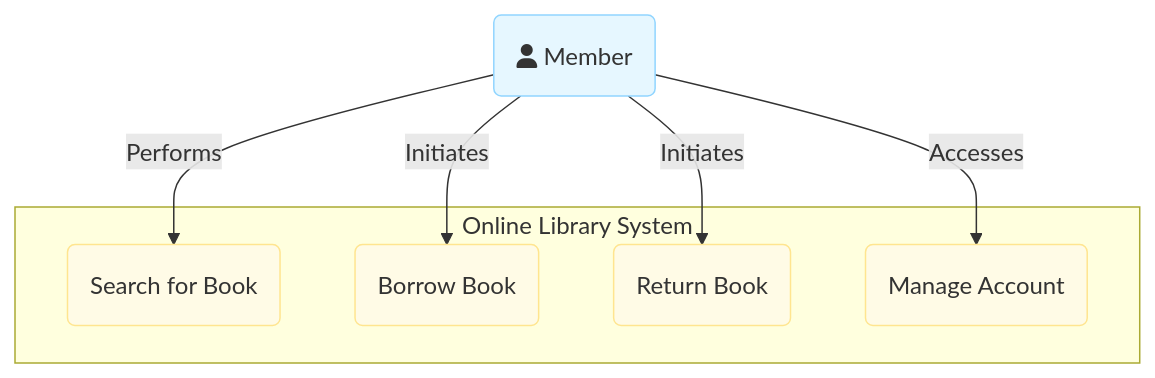
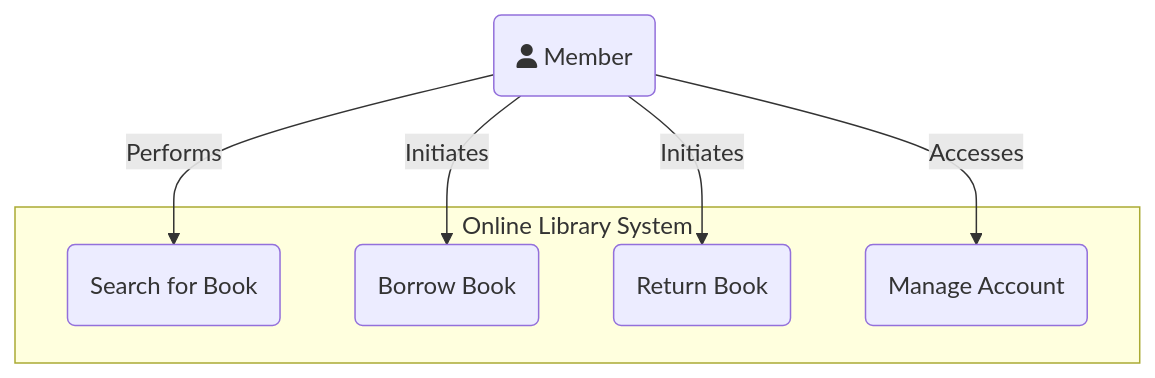
The first of 4 diagrams in docs/software-modeling/context-modeling.md (sujith-eag/sujith-library), drawn with Mermaid before and after one commit. The commit also changed other lines of this file and 41 other files, not shown here.

First line of the commit message:
Refactor diagrams and remove redundant styles in documentation

````diff
--- a/docs/software-modeling/context-modeling.md
+++ b/docs/software-modeling/context-modeling.md
@@ -20,22 +20,16 @@
 ```mermaid
 graph TD
     subgraph Online Library System
         UC1(Search for Book)
         UC2(Borrow Book)
         UC3(Return Book)
         UC4(Manage Account)
     end
 
     Member(fa:fa-user Member)
     
     Member -- "Performs" --> UC1
     Member -- "Initiates" --> UC2
     Member -- "Initiates" --> UC3
     Member -- "Accesses" --> UC4
-
-    style Member fill:#e6f7ff,stroke:#91d5ff
-    style UC1 fill:#fffbe6,stroke:#ffe58f
-    style UC2 fill:#fffbe6,stroke:#ffe58f
-    style UC3 fill:#fffbe6,stroke:#ffe58f
-    style UC4 fill:#fffbe6,stroke:#ffe58f
 ```
````
